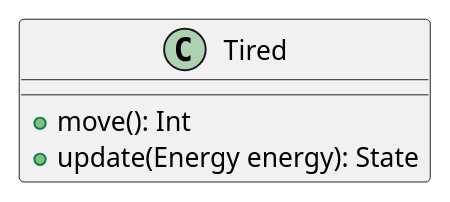
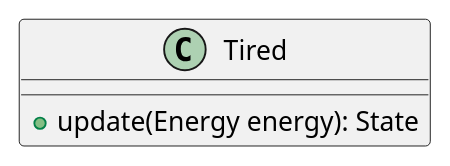
Before and after one commit to PabloGCH/tp2-algo3: the diagram in diagrams/classes/State/Tired.puml, drawn with PlantUML. The commit also changed 95 other files, not shown here.

```diff
--- a/diagrams/classes/State/Tired.puml
+++ b/diagrams/classes/State/Tired.puml
@@ -1,6 +1,5 @@
 @startuml
 class Tired{
-    +move(): Int
     +update(Energy energy): State
 }
 @enduml
```
